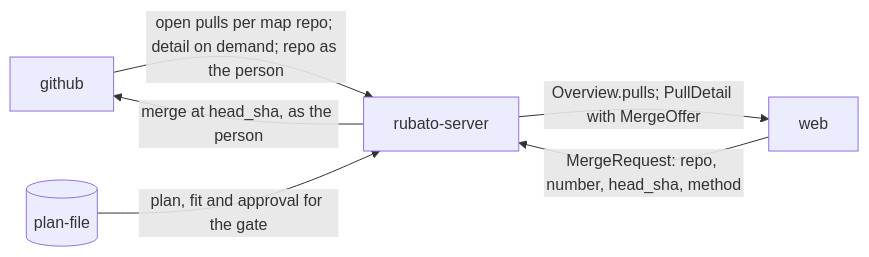
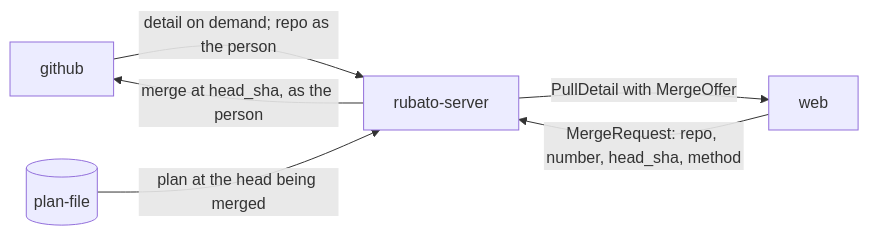
One commit to m0x6A/rubato changed the diagram in docs/plans/82.md. Above: the diagram before and after it, drawn with Mermaid. The commit also changed other lines of this file and 1 other file, not shown here.

Commit message:
Plan #82: refresh against main for PRs 2-4 (approval in Rubato, migration 0025, map-scoped routes)

````diff
--- a/docs/plans/82.md
+++ b/docs/plans/82.md
@@ -107,8 +109,8 @@
 ```mermaid
 flowchart LR
-  gh[github] -- "open pulls per map repo; detail on demand; repo as the person" --> srv[rubato-server]
-  pf[(plan-file)] -- "plan, fit and approval for the gate" --> srv
-  srv -- "Overview.pulls; PullDetail with MergeOffer" --> web
+  gh[github] -- "detail on demand; repo as the person" --> srv[rubato-server]
+  pf[(plan-file)] -- "plan at the head being merged" --> srv
+  srv -- "PullDetail with MergeOffer" --> web
   web -- "MergeRequest: repo, number, head_sha, method" --> srv
   srv -- "merge at head_sha, as the person" --> gh
 ```
````
